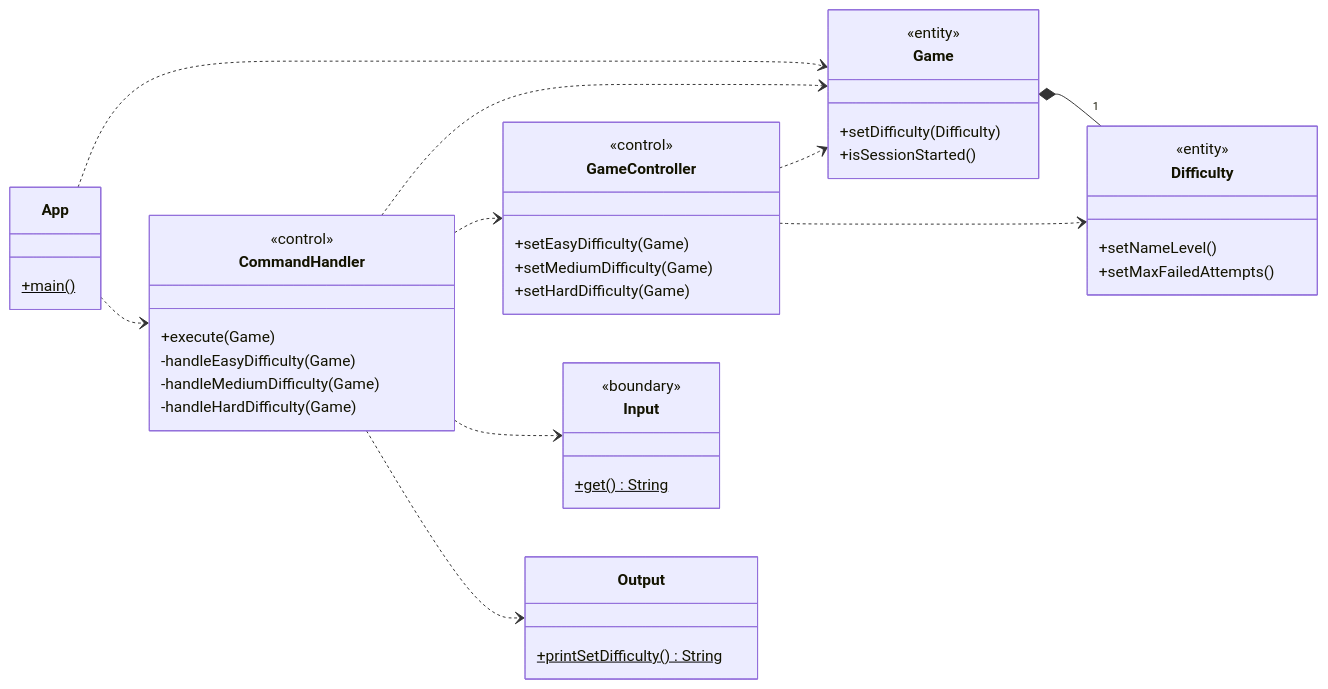
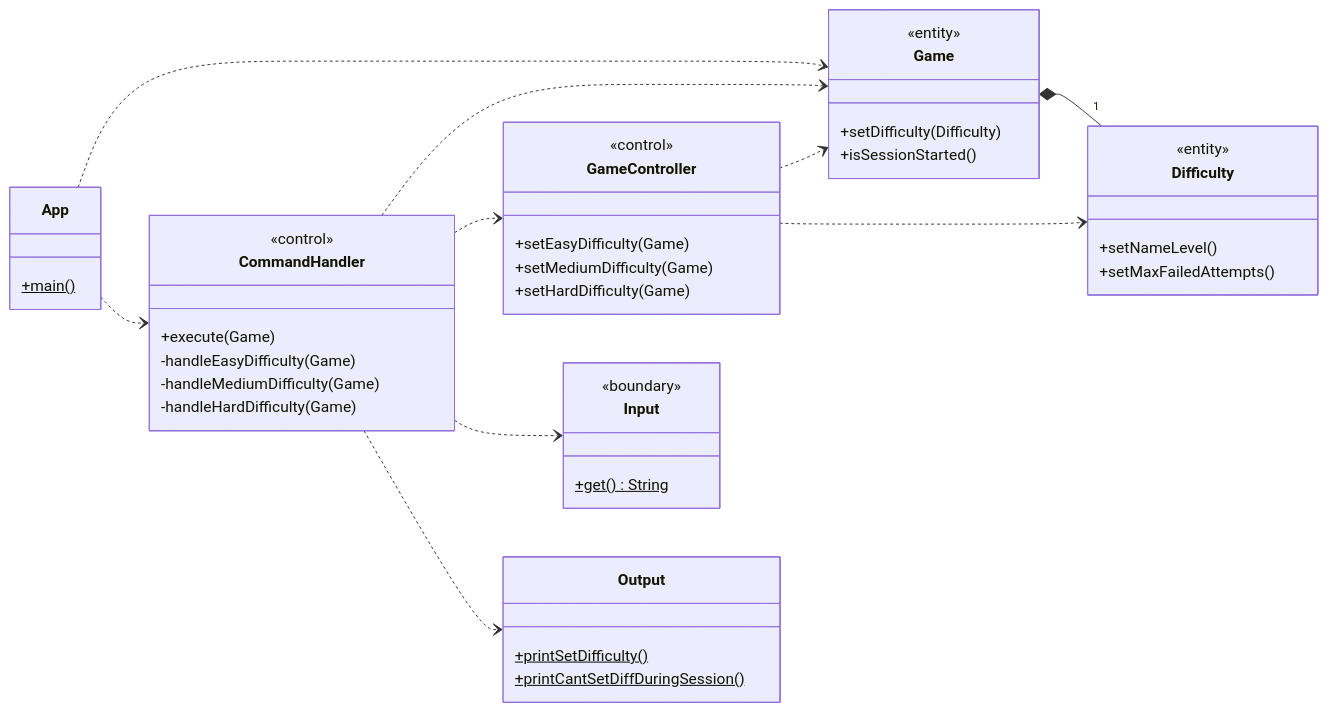
Before and after one commit to softeng2223-inf-uniba/progetto2223-thacker: the fifth of 7 diagrams in docs/Report.md, drawn with Mermaid. The commit also changed other lines of this file, not shown here.

First line of the commit message:
Aggiornato diagramma sequenza sezione 5.A.2

````diff
--- a/docs/Report.md
+++ b/docs/Report.md
@@ -393,58 +403,59 @@
 ```mermaid
 classDiagram
   direction LR
 
   class App {
     +main()$
   }
   
   App ..> Game
   App ..> CommandHandler
 
   class CommandHandler {
     +execute(Game)
     -handleEasyDifficulty(Game)
     -handleMediumDifficulty(Game)
     -handleHardDifficulty(Game)
   }
   <<control>> CommandHandler
 
   CommandHandler ..> Game
   CommandHandler ..> GameController
   CommandHandler ..> Input
   CommandHandler ..> Output 
 
   class Input {
     +get()$ String
   }
   <<boundary>> Input
 
   class Output {
-    +printSetDifficulty()$ String
+    +printSetDifficulty()$
+    +printCantSetDiffDuringSession()$
   }
   <<boundary>> Input
 
   class GameController {
     +setEasyDifficulty(Game)
     +setMediumDifficulty(Game)
     +setHardDifficulty(Game)
   }
   <<control>> GameController
 
   GameController ..> Game
   GameController ..> Difficulty
 
   class Game {
     +setDifficulty(Difficulty)
     +isSessionStarted()
   }
   <<entity>> Game
 
   Game *-- "1" Difficulty
 
   class Difficulty {
     +setNameLevel()
     +setMaxFailedAttempts()
   }
   <<entity>> Difficulty
 ```
````
